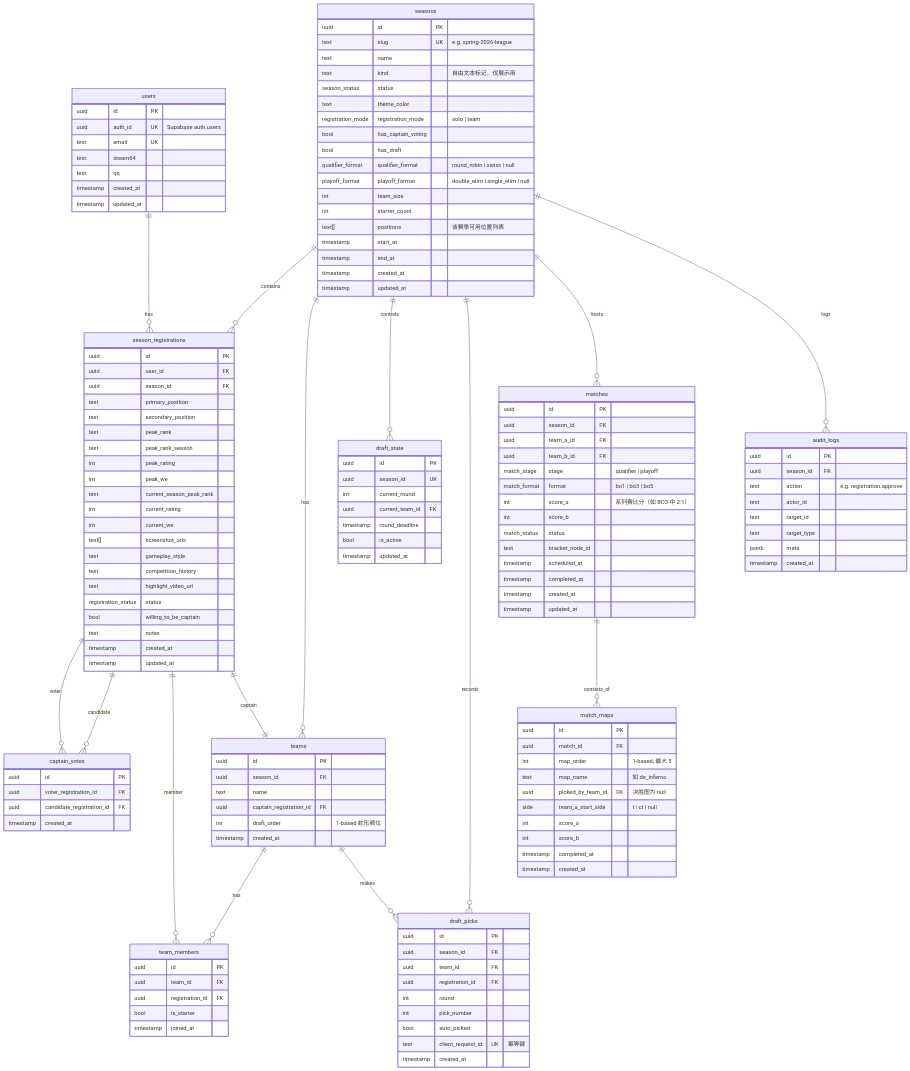
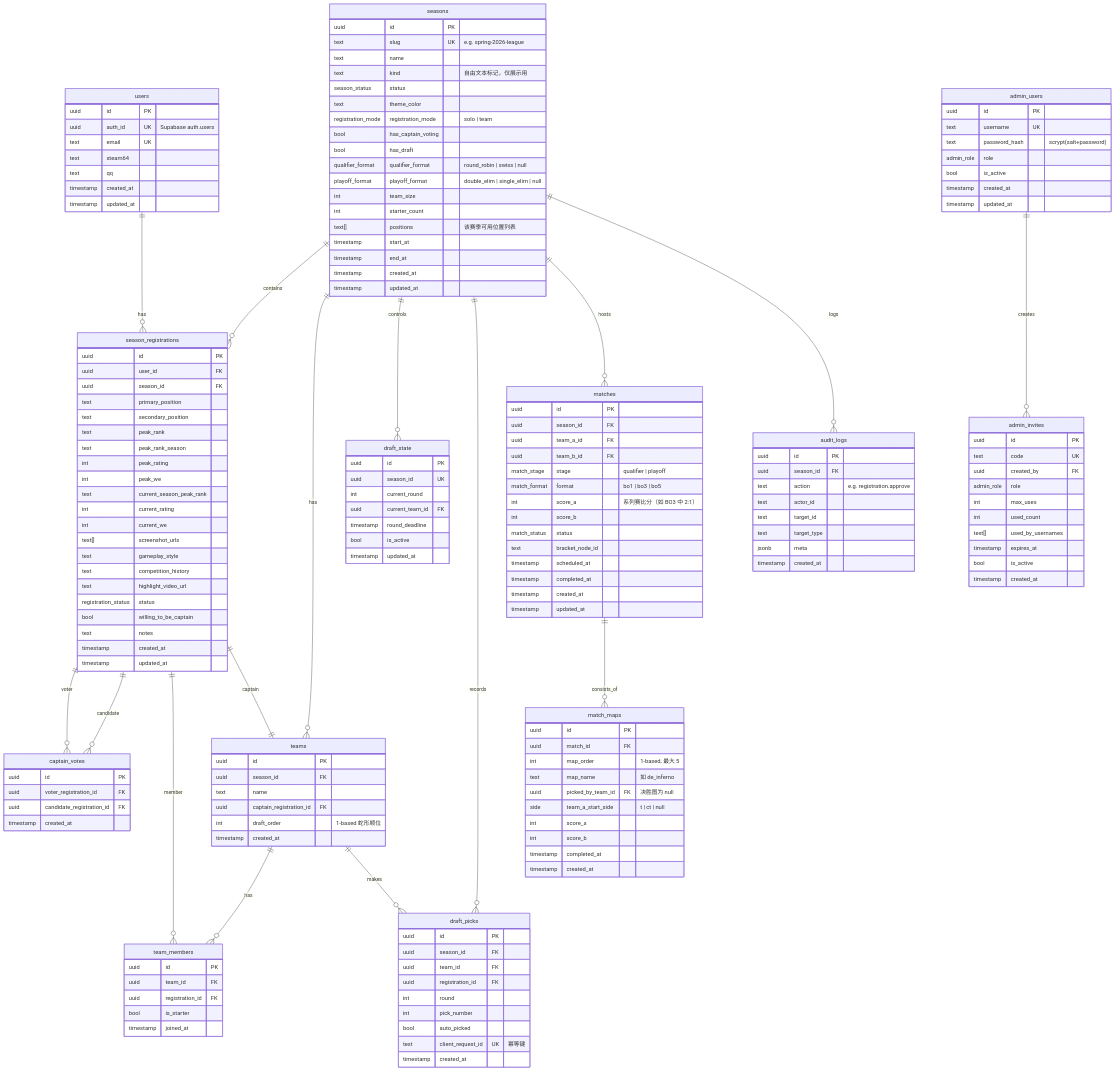
Before and after one commit to Starfie1d1272/RivalHub: the diagram in docs/data-model.md, drawn with Mermaid. The commit also changed other lines of this file and 8 other files, not shown here.

```diff
--- a/docs/data-model.md
+++ b/docs/data-model.md
@@ -146,6 +146,31 @@
     timestamp created_at
   }
 
+  admin_users {
+    uuid id PK
+    text username UK
+    text password_hash "scrypt(salt+password)"
+    admin_role role
+    bool is_active
+    timestamp created_at
+    timestamp updated_at
+  }
+
+  admin_invites {
+    uuid id PK
+    text code UK
+    uuid created_by FK
+    admin_role role
+    int max_uses
+    int used_count
+    text[] used_by_usernames
+    timestamp expires_at
+    bool is_active
+    timestamp created_at
+  }
+
+  admin_users ||--o{ admin_invites : "creates"
+
   users ||--o{ season_registrations : "has"
   seasons ||--o{ season_registrations : "contains"
   seasons ||--o{ teams : "has"
```
